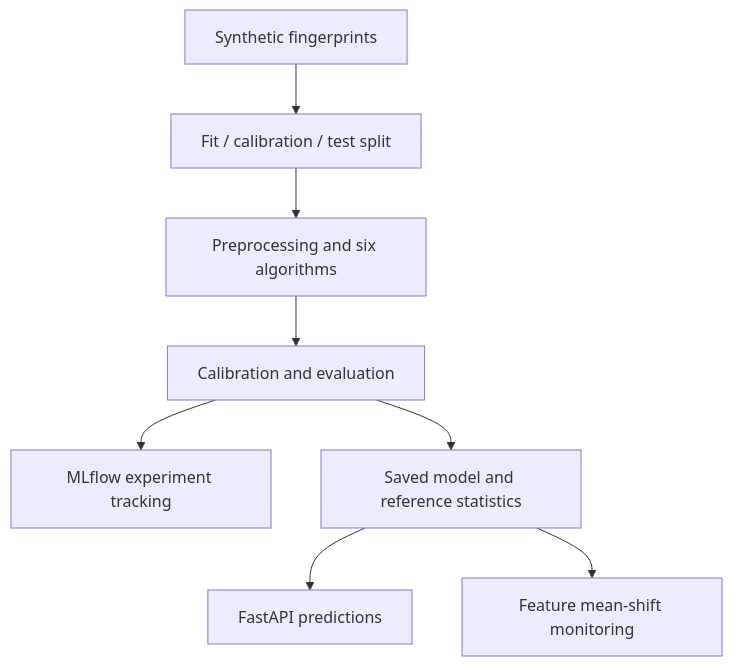
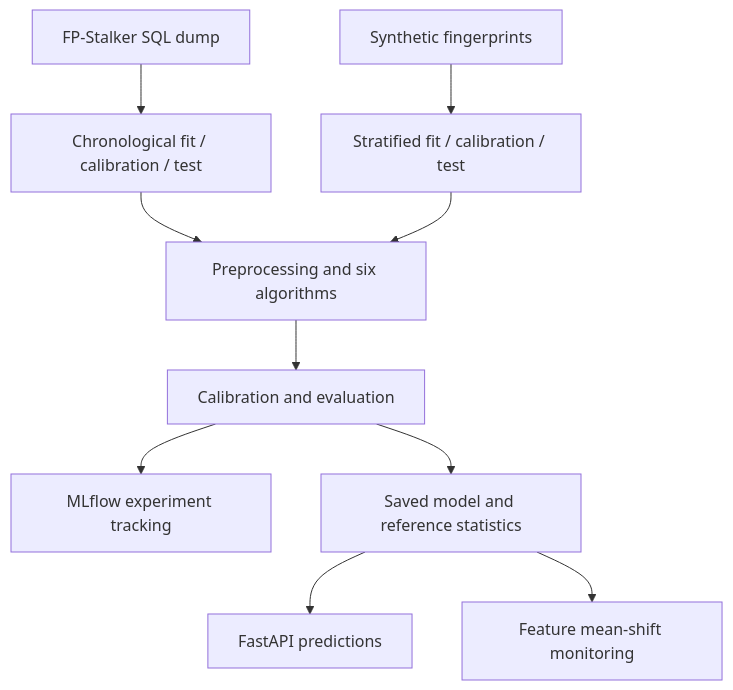
The diagram in README.md (abdulrlmohammed9/-browser-fingerprint-anomaly-detection), drawn with Mermaid before and after one commit. The commit also changed other lines of this file, not shown here.

Commit message:
Document verified FP-Stalker run, data quality and LOF limitations

````diff
--- a/README.md
+++ b/README.md
@@ -26,10 +76,12 @@
 ```mermaid
 flowchart TD
-  A["Synthetic fingerprints"] --> B["Fit / calibration / test split"]
+  A["Synthetic fingerprints"] --> B["Stratified fit / calibration / test"]
+  R["FP-Stalker SQL dump"] --> S["Chronological fit / calibration / test"]
+  S --> C["Preprocessing and six algorithms"]
   B --> C["Preprocessing and six algorithms"]
   C --> D["Calibration and evaluation"]
   D --> E["MLflow experiment tracking"]
   D --> F["Saved model and reference statistics"]
   F --> G["FastAPI predictions"]
   F --> H["Feature mean-shift monitoring"]
 ```
````
